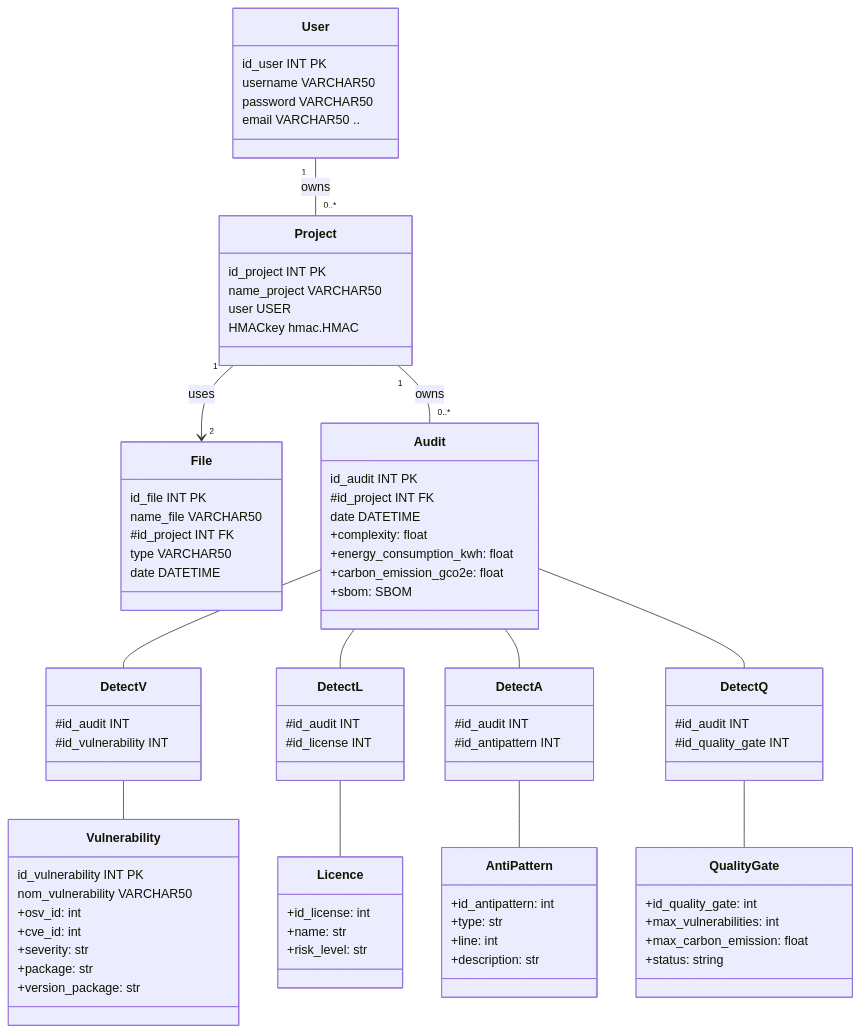
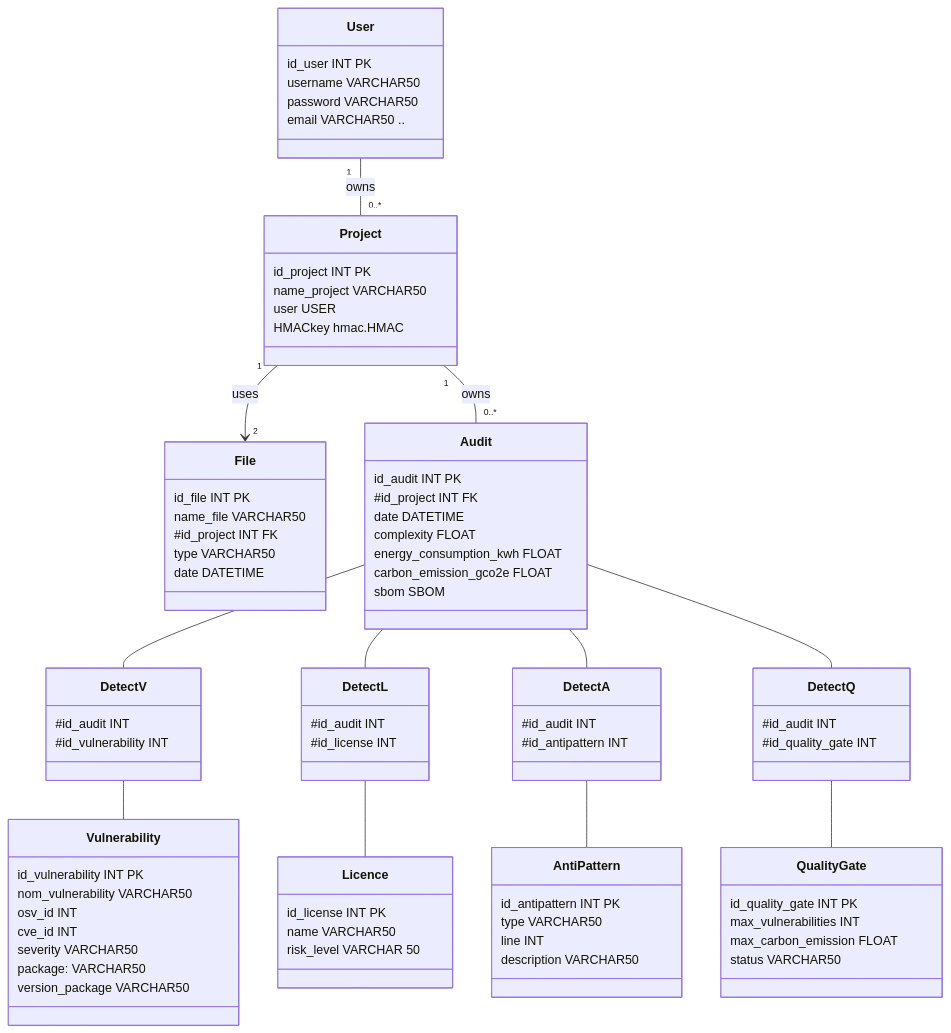
The diagram in doc/diagramme_phys_donnees.md (galahade-ncl/ensai-it-project-2a-team34), drawn with Mermaid before and after one commit.

Commit message:
diagramme physique des données

```diff
--- a/doc/diagramme_phys_donnees.md
+++ b/doc/diagramme_phys_donnees.md
@@ -44,10 +44,10 @@
         id_audit INT PK
         #id_project INT FK
         date DATETIME
-        +complexity: float
-        +energy_consumption_kwh: float
-        +carbon_emission_gco2e: float
-        +sbom: SBOM
+        complexity FLOAT
+        energy_consumption_kwh FLOAT
+        carbon_emission_gco2e FLOAT
+        sbom SBOM
 
     }
 
@@ -78,31 +78,31 @@
     class Vulnerability {
         id_vulnerability INT PK
         nom_vulnerability VARCHAR50
-        +osv_id: int
-        +cve_id: int
-        +severity: str
-        +package: str
-        +version_package: str
+        osv_id INT
+        cve_id INT
+        severity VARCHAR50
+        package: VARCHAR50
+        version_package VARCHAR50
     }
 
     class Licence {
-        +id_license: int
-        +name: str
-        +risk_level: str
+        id_license INT PK
+        name VARCHAR50
+        risk_level VARCHAR 50
     }
 
     class AntiPattern {
-        +id_antipattern: int
-        +type: str
-        +line: int
-        +description: str
+        id_antipattern INT PK
+        type VARCHAR50
+        line INT
+        description VARCHAR50
     }
 
     class QualityGate {
-        +id_quality_gate: int
-        +max_vulnerabilities: int
-        +max_carbon_emission: float
-        +status: string
+        id_quality_gate INT PK
+        max_vulnerabilities INT
+        max_carbon_emission FLOAT
+        status VARCHAR50
     }
 
 
```
